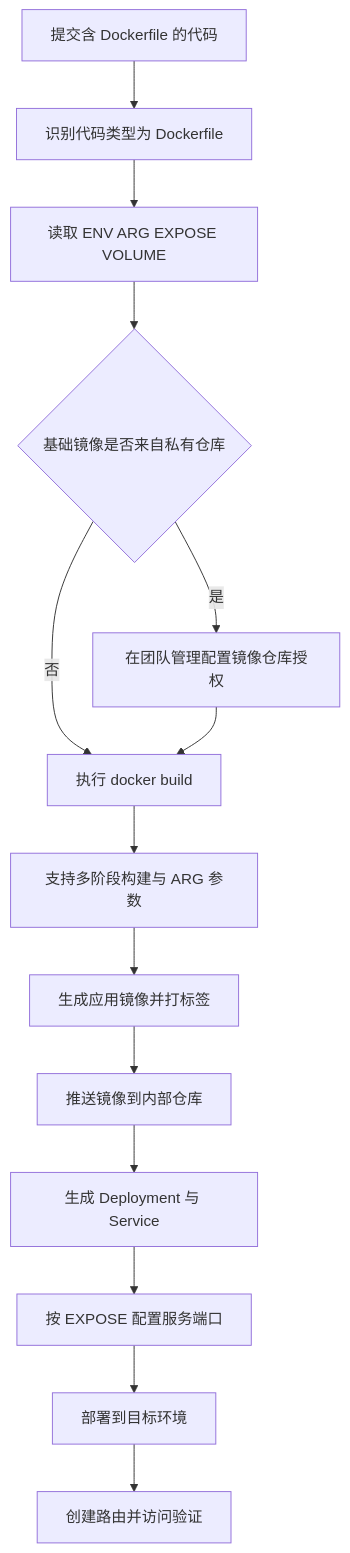
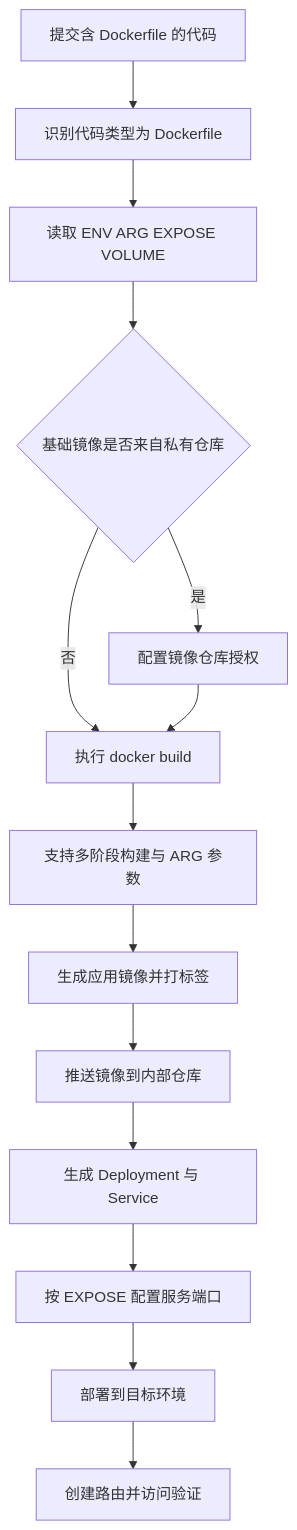
The diagram in docs/devops/app-deploy/dockerfile.md (kube-do/kdo), drawn with Mermaid before and after one commit. The commit also changed other lines of this file and 20 other files, not shown here.

````diff
--- a/docs/devops/app-deploy/dockerfile.md
+++ b/docs/devops/app-deploy/dockerfile.md
@@ -35,16 +35,16 @@
 ```mermaid
 flowchart TD
     A[提交含 Dockerfile 的代码] --> B[识别代码类型为 Dockerfile]
     B --> C[读取 ENV ARG EXPOSE VOLUME]
     C --> D{基础镜像是否来自私有仓库}
-    D -->|是| E[在团队管理配置镜像仓库授权]
+    D -->|是| E[配置镜像仓库授权]
     D -->|否| F[执行 docker build]
     E --> F
     F --> G[支持多阶段构建与 ARG 参数]
     G --> H[生成应用镜像并打标签]
     H --> I[推送镜像到内部仓库]
     I --> J[生成 Deployment 与 Service]
     J --> K[按 EXPOSE 配置服务端口]
     K --> L[部署到目标环境]
     L --> M[创建路由并访问验证]
 ```
````
